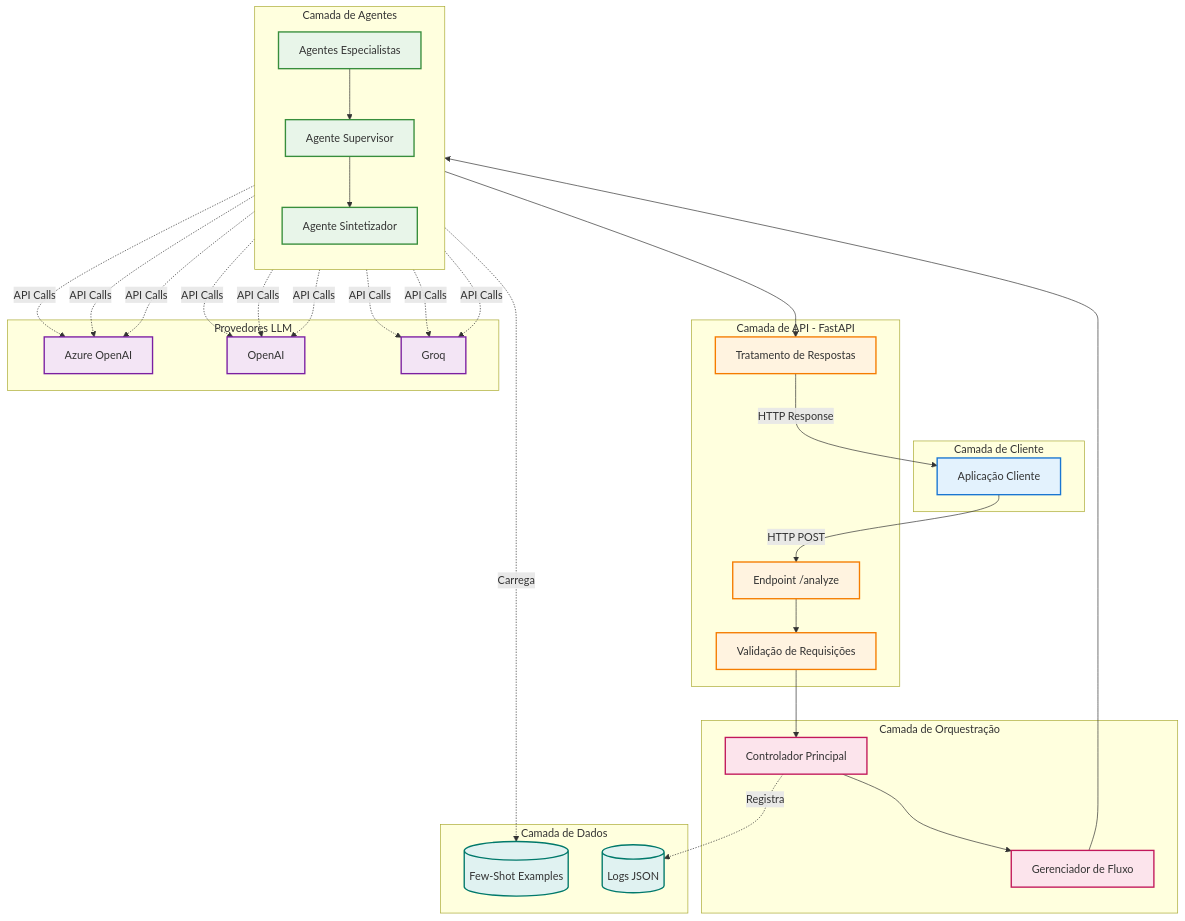
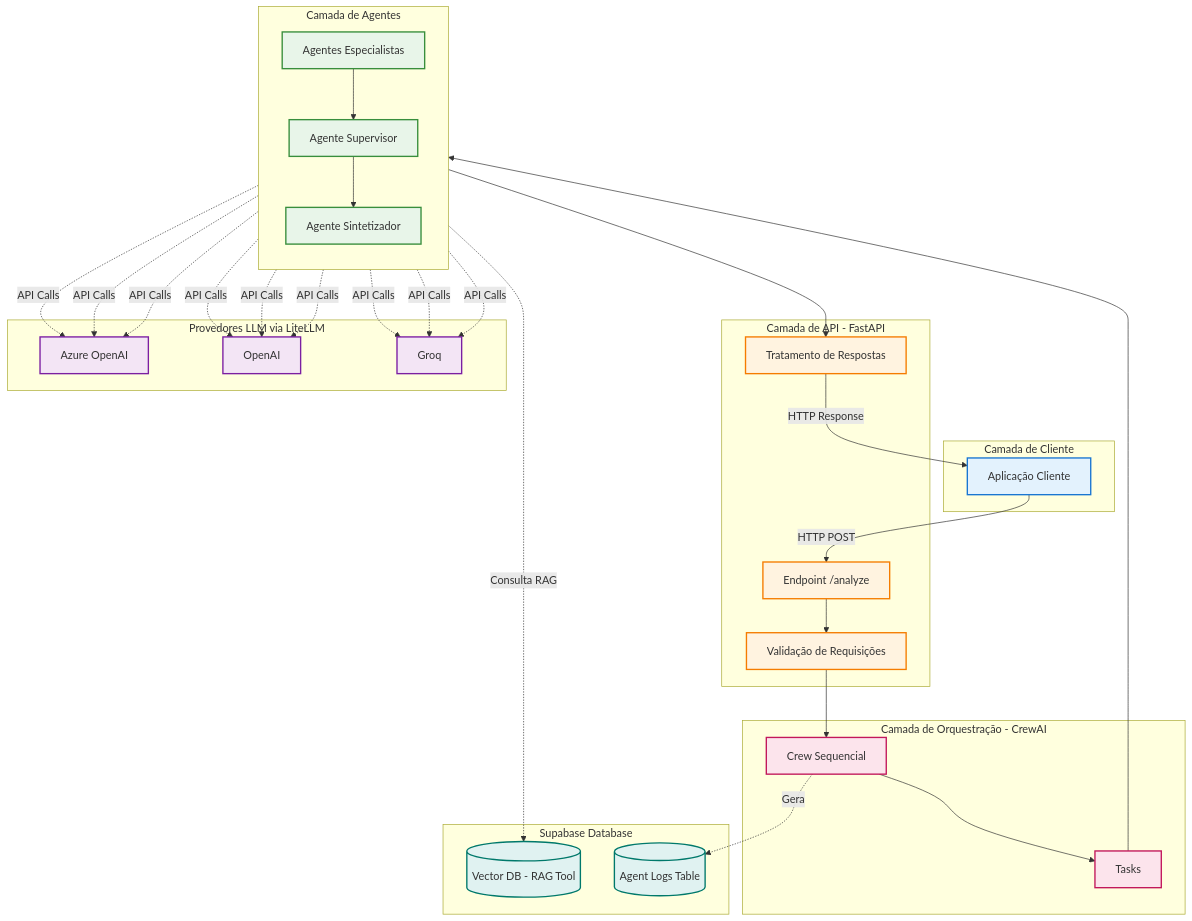
One commit to cairocruz/hubAgentsV2 changed the first of 7 diagrams in README.md. Above: the diagram before and after it, drawn with Mermaid. The commit also changed other lines of this file and 34 other files, not shown here.

````diff
--- a/README.md
+++ b/README.md
@@ -81,66 +82,66 @@
 ```mermaid
 flowchart TB
     subgraph CLIENT["Camada de Cliente"]
         A[Aplicação Cliente]
     end
     
     subgraph API["Camada de API - FastAPI"]
         B[Endpoint /analyze]
         C[Validação de Requisições]
         D[Tratamento de Respostas]
     end
     
-    subgraph ORCHESTRATION["Camada de Orquestração"]
-        E[Controlador Principal]
-        F[Gerenciador de Fluxo]
+    subgraph CREWAI["Camada de Orquestração - CrewAI"]
+        E[Crew Sequencial]
+        F[Tasks]
     end
     
     subgraph AGENTS["Camada de Agentes"]
         direction TB
         G[Agentes Especialistas]
         H[Agente Supervisor]
         I[Agente Sintetizador]
     end
     
-    subgraph LLM["Provedores LLM"]
+    subgraph LLM["Provedores LLM via LiteLLM"]
         J[Azure OpenAI]
         K[OpenAI]
         L[Groq]
     end
     
-    subgraph STORAGE["Camada de Dados"]
-        M[(Few-Shot Examples)]
-        N[(Logs JSON)]
+    subgraph SUPABASE["Supabase Database"]
+        M[(Vector DB - RAG Tool)]
+        N[(Agent Logs Table)]
     end
     
     A -->|HTTP POST| B
     B --> C
     C --> E
     E --> F
     F --> G
     G --> H
     H --> I
     I --> D
     D -->|HTTP Response| A
     
     G -.->|API Calls| J & K & L
     H -.->|API Calls| J & K & L
     I -.->|API Calls| J & K & L
     
-    G -.->|Carrega| M
-    E -.->|Registra| N
+    G -.->|Consulta RAG| M
+    E -.->|Gera| N
     
     classDef clientStyle fill:#e3f2fd,stroke:#1976d2,stroke-width:2px
     classDef apiStyle fill:#fff3e0,stroke:#f57c00,stroke-width:2px
     classDef orchestrationStyle fill:#fce4ec,stroke:#c2185b,stroke-width:2px
     classDef agentStyle fill:#e8f5e9,stroke:#388e3c,stroke-width:2px
     classDef llmStyle fill:#f3e5f5,stroke:#7b1fa2,stroke-width:2px
     classDef storageStyle fill:#e0f2f1,stroke:#00796b,stroke-width:2px
     
     class A clientStyle
     class B,C,D apiStyle
     class E,F orchestrationStyle
     class G,H,I agentStyle
     class J,K,L llmStyle
     class M,N storageStyle
 ```
````
